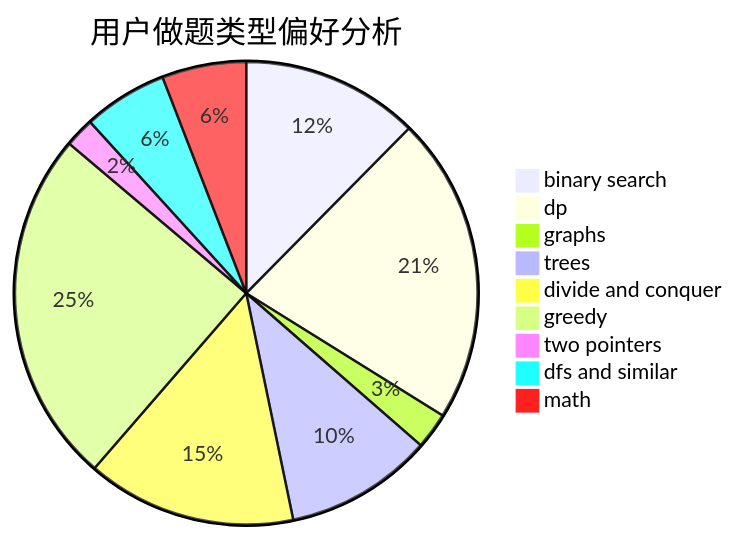
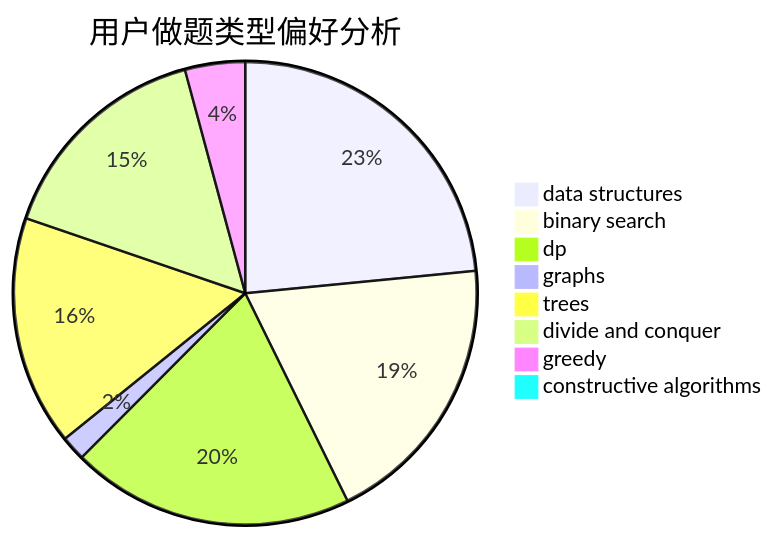
The second of 3 diagrams in docs/user/u1793.md (sherpahu/cfrs.github.io), drawn with Mermaid before and after one commit. The commit also changed other lines of this file and 2775 other files, not shown here.

````diff
--- a/docs/user/u1793.md
+++ b/docs/user/u1793.md
@@ -23,12 +23,11 @@
 ```mermaid
 pie title 用户做题类型偏好分析
+    "data structures" :  95
     "binary search" :  78
-    "dp" :  135
-    "graphs" :  16
+    "dp" :  80
+    "graphs" :  7
     "trees" :  65
-    "divide and conquer" :  92
-    "greedy" :  156
-    "two pointers" :  13
-    "dfs and similar" :  37
-    "math" :  37
+    "divide and conquer" :  63
+    "greedy" :  17
+    "constructive algorithms" :  4
 ```
````
